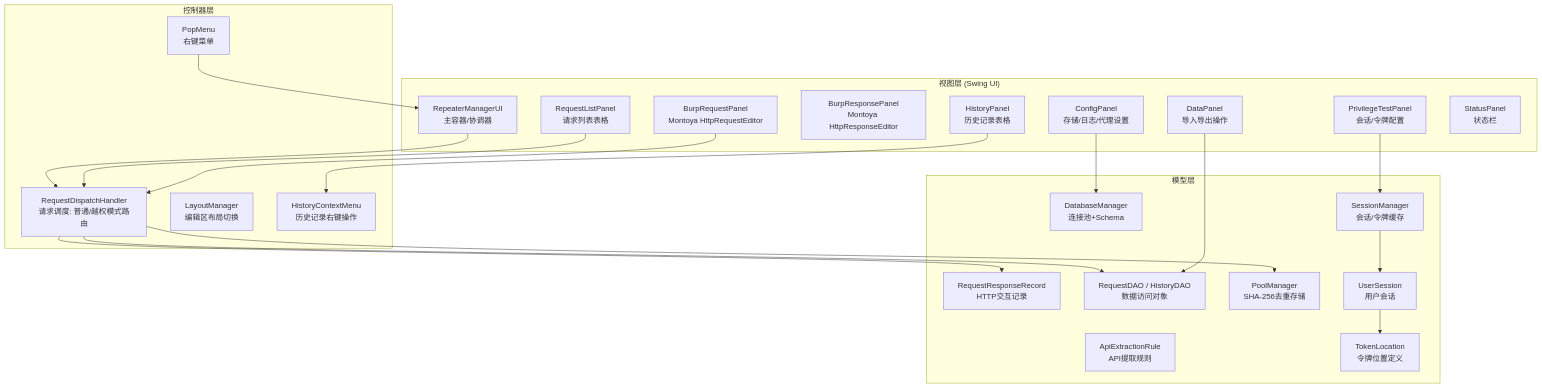
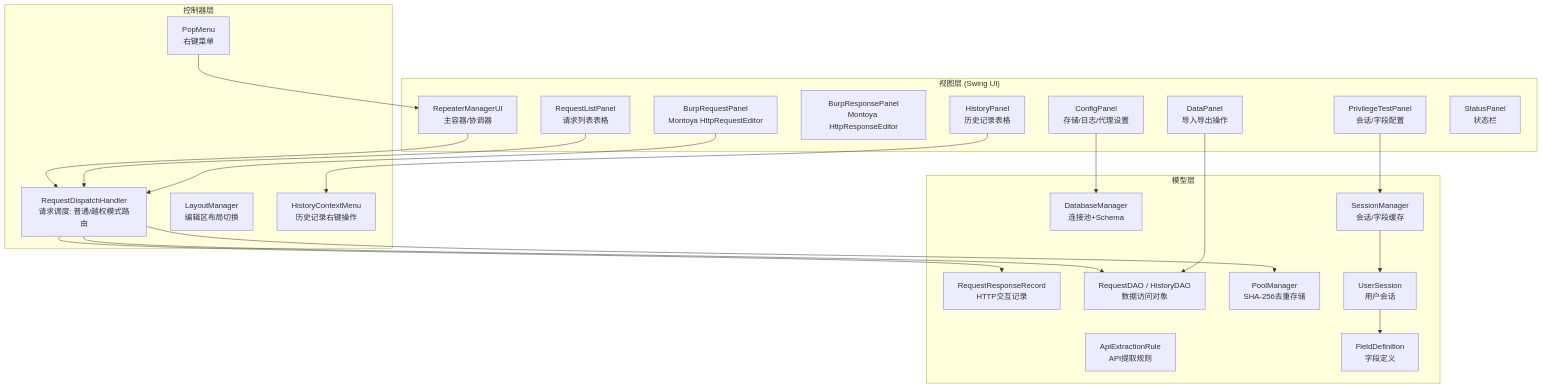
Diagram 22 of 28 in doc/data_flow_analysis.md (GitHubNull/repeaterManger), drawn with Mermaid before and after one commit. The commit also changed other lines of this file and 72 other files, not shown here.

First line of the commit message:
feat(privilege): TokenScheme/TokenLocation 重构为 Scheme/FieldDefinition 体系

````diff
--- a/doc/data_flow_analysis.md
+++ b/doc/data_flow_analysis.md
@@ -831,44 +831,44 @@
 ```mermaid
 graph TB
     subgraph View["视图层 (Swing UI)"]
         V1["RepeaterManagerUI<br/>主容器/协调器"]
         V2["RequestListPanel<br/>请求列表表格"]
         V3["BurpRequestPanel<br/>Montoya HttpRequestEditor"]
         V4["BurpResponsePanel<br/>Montoya HttpResponseEditor"]
         V5["HistoryPanel<br/>历史记录表格"]
-        V6["PrivilegeTestPanel<br/>会话/令牌配置"]
+        V6["PrivilegeTestPanel<br/>会话/字段配置"]
         V7["ConfigPanel<br/>存储/日志/代理设置"]
         V8["DataPanel<br/>导入导出操作"]
         V9["StatusPanel<br/>状态栏"]
     end
 
     subgraph Controller["控制器层"]
         C1["RequestDispatchHandler<br/>请求调度: 普通/越权模式路由"]
         C2["PopMenu<br/>右键菜单"]
         C3["LayoutManager<br/>编辑区布局切换"]
         C4["HistoryContextMenu<br/>历史记录右键操作"]
     end
 
     subgraph Model["模型层"]
         M1["RequestResponseRecord<br/>HTTP交互记录"]
         M2["RequestDAO / HistoryDAO<br/>数据访问对象"]
         M3["PoolManager<br/>SHA-256去重存储"]
         M4["DatabaseManager<br/>连接池+Schema"]
-        M5["SessionManager<br/>会话/令牌缓存"]
+        M5["SessionManager<br/>会话/字段缓存"]
         M6["ApiExtractionRule<br/>API提取规则"]
         M7["UserSession<br/>用户会话"]
-        M8["TokenLocation<br/>令牌位置定义"]
+        M8["FieldDefinition<br/>字段定义"]
     end
 
     V1 --> C1
     V2 --> C1
     V3 --> C1
     C1 --> M1
     C1 --> M2
     C1 --> M3
     V5 --> C4
     V6 --> M5 --> M7 --> M8
     V7 --> M4
     V8 --> M2
     C2 --> V1
 ```
````
